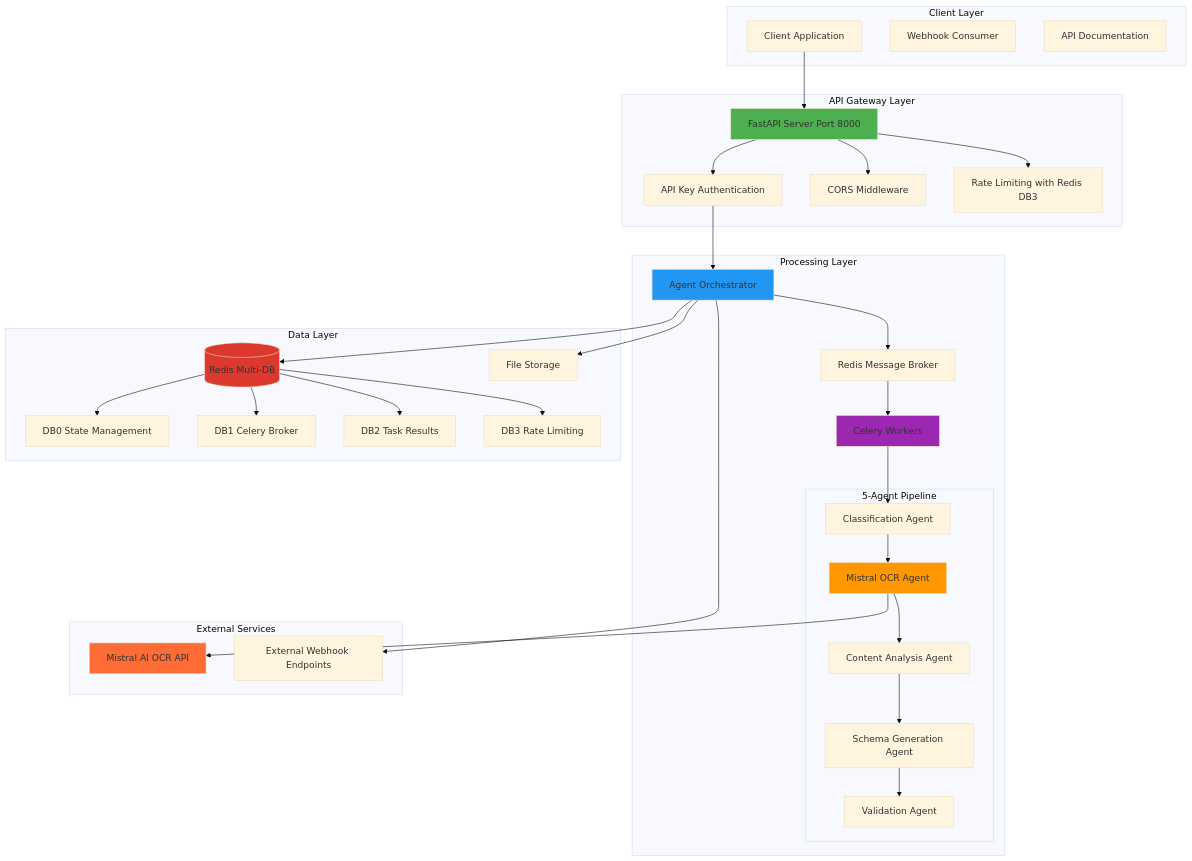
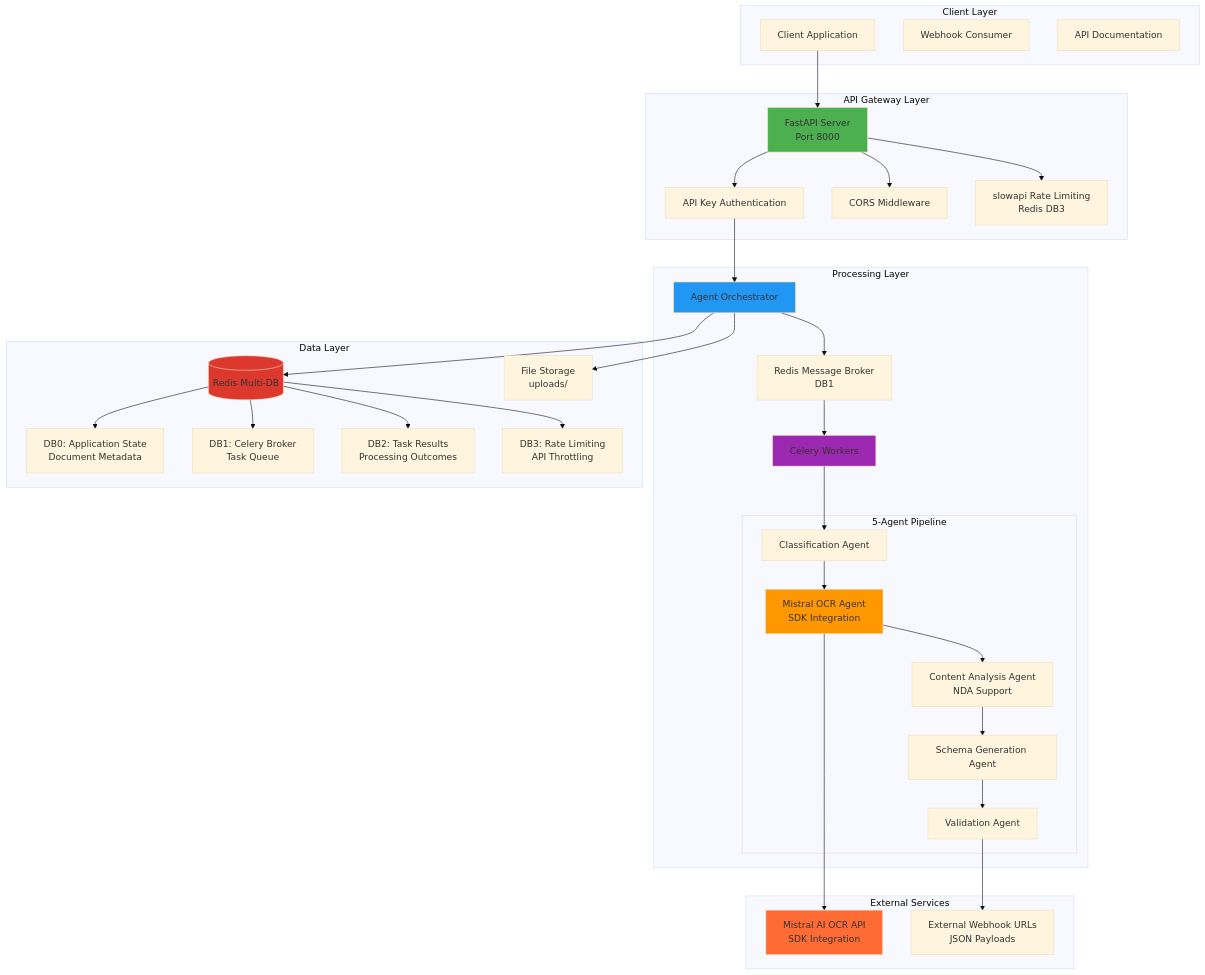
One commit to Tony363/document-ingestion-agent changed the first of 4 diagrams in README.md. Above: the diagram before and after it, drawn with Mermaid (base theme). The commit also changed other lines of this file, not shown here.

````diff
--- a/README.md
+++ b/README.md
@@ -37,73 +44,73 @@
 ```mermaid
 graph TB
     subgraph ClientLayer ["Client Layer"]
         Client[Client Application]
         WebhookConsumer[Webhook Consumer]
         Docs[API Documentation]
     end
     
     subgraph APILayer ["API Gateway Layer"]
-        FastAPI[FastAPI Server Port 8000]
+        FastAPI[FastAPI Server<br/>Port 8000]
         Auth[API Key Authentication]
         CORS[CORS Middleware]
-        RateLimit[Rate Limiting with Redis DB3]
+        RateLimit[slowapi Rate Limiting<br/>Redis DB3]
     end
     
     subgraph ProcessingLayer ["Processing Layer"]
         Orchestrator[Agent Orchestrator]
         CeleryWorkers[Celery Workers]
-        TaskQueue[Redis Message Broker]
+        TaskQueue[Redis Message Broker<br/>DB1]
         
         subgraph AgentPipeline ["5-Agent Pipeline"]
             CA[Classification Agent]
-            OA[Mistral OCR Agent]
-            AA[Content Analysis Agent]
+            OA[Mistral OCR Agent<br/>SDK Integration]
+            AA[Content Analysis Agent<br/>NDA Support]
             SA[Schema Generation Agent]
             VA[Validation Agent]
         end
     end
     
     subgraph DataLayer ["Data Layer"]
         Redis[(Redis Multi-DB)]
-        RedisDB0[DB0 State Management]
-        RedisDB1[DB1 Celery Broker]
-        RedisDB2[DB2 Task Results]
-        RedisDB3[DB3 Rate Limiting]
-        Storage[File Storage]
+        RedisDB0[DB0: Application State<br/>Document Metadata]
+        RedisDB1[DB1: Celery Broker<br/>Task Queue]
+        RedisDB2[DB2: Task Results<br/>Processing Outcomes]
+        RedisDB3[DB3: Rate Limiting<br/>API Throttling]
+        Storage[File Storage<br/>uploads/]
     end
     
     subgraph ExternalServices ["External Services"]
-        MistralAPI[Mistral AI OCR API]
-        WebhookURLs[External Webhook Endpoints]
+        MistralAPI[Mistral AI OCR API<br/>SDK Integration]
+        WebhookURLs[External Webhook URLs<br/>JSON Payloads]
     end
     
     Client --> FastAPI
     FastAPI --> Auth
     FastAPI --> CORS
     FastAPI --> RateLimit
     Auth --> Orchestrator
     
     Orchestrator --> TaskQueue
     TaskQueue --> CeleryWorkers
     CeleryWorkers --> CA
     CA --> OA
     OA --> MistralAPI
     OA --> AA
     AA --> SA
     SA --> VA
     
     Orchestrator --> Redis
     Redis --> RedisDB0
     Redis --> RedisDB1
     Redis --> RedisDB2
     Redis --> RedisDB3
     Orchestrator --> Storage
-    Orchestrator --> WebhookURLs
+    VA --> WebhookURLs
     
     style FastAPI fill:#4CAF50
     style Orchestrator fill:#2196F3
     style Redis fill:#DC382D
     style OA fill:#FF9800
     style MistralAPI fill:#FF6B35
     style CeleryWorkers fill:#9C27B0
 ```
````
